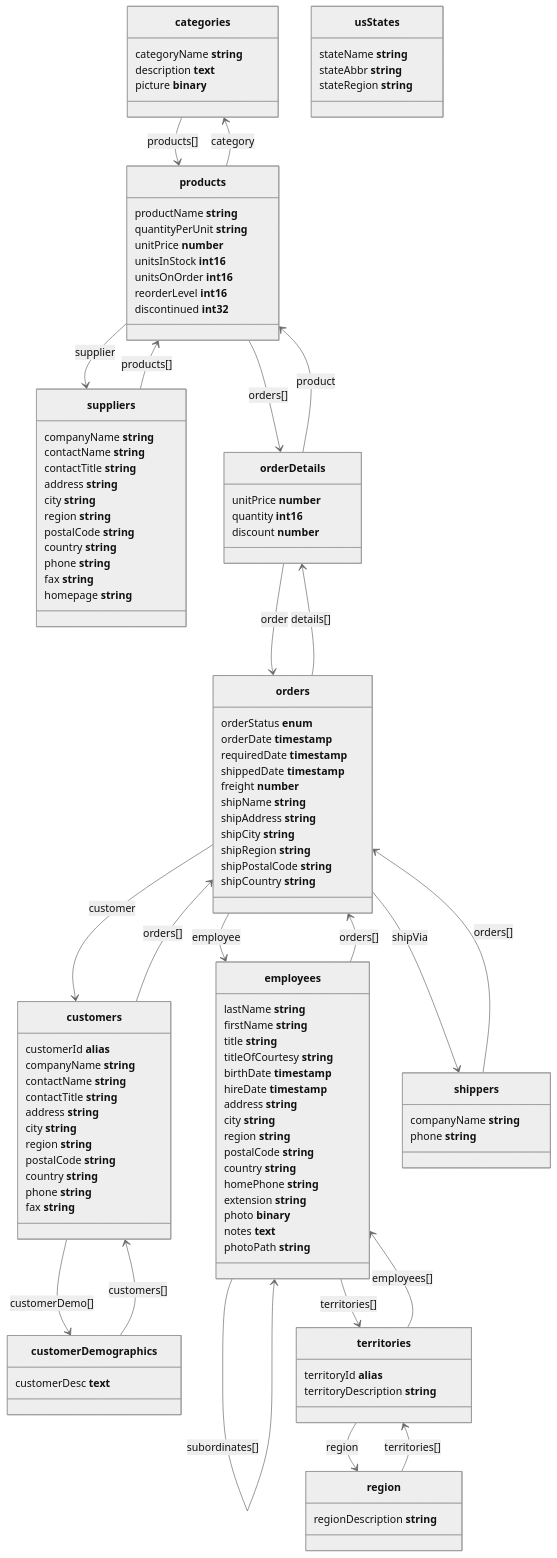
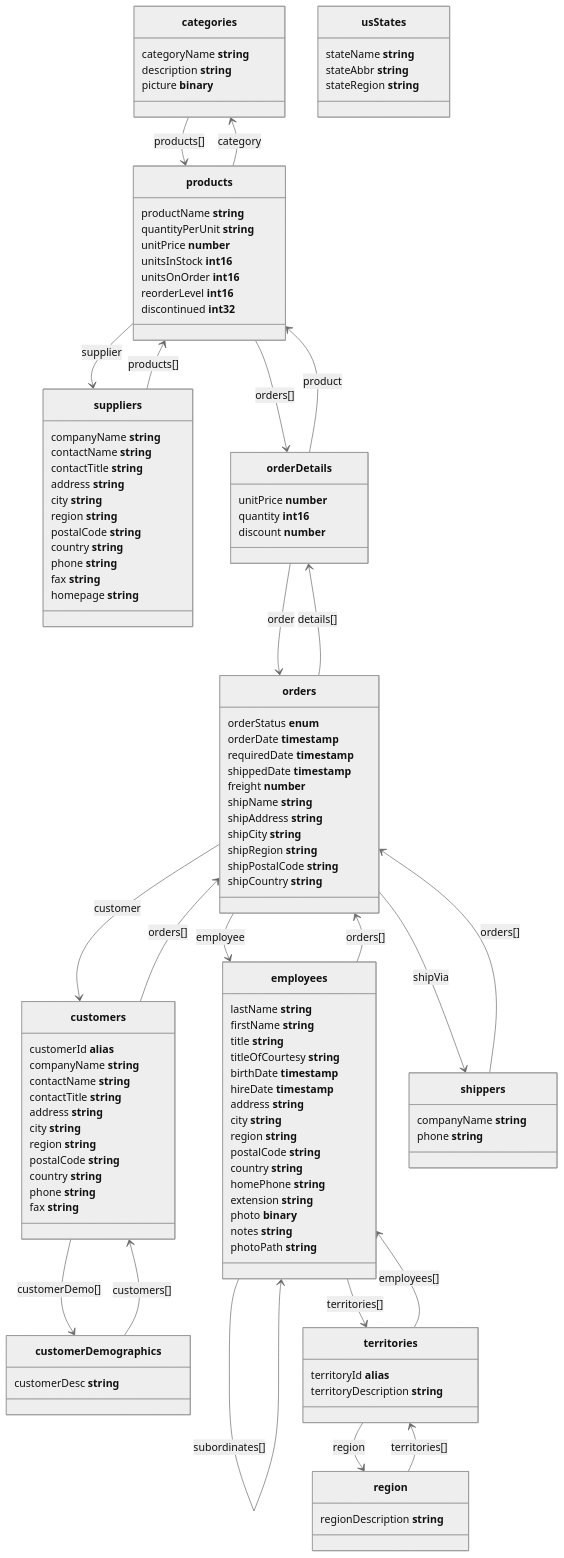
One commit to atelier-saulx/based changed the diagram in docs/db/sql.md. Above: the diagram before and after it, drawn with Mermaid (neutral theme).

Commit message:
Update sql doc: text to string in the schema

````diff
--- a/docs/db/sql.md
+++ b/docs/db/sql.md
@@ -20,10 +20,10 @@
 ```mermaid
 classDiagram
 categories : categoryName __string__
-categories : description __text__
+categories : description __string__
 categories : picture __binary__
 categories --> products : products[]
-customerDemographics : customerDesc __text__
+customerDemographics : customerDesc __string__
 customerDemographics --> customers : customers[]
 customers : customerId __alias__
 customers : companyName __string__
@@ -52,7 +52,7 @@
 employees : homePhone __string__
 employees : extension __string__
 employees : photo __binary__
-employees : notes __text__
+employees : notes __string__
 employees --> employees : reportsTo
 employees : photoPath __string__
 employees --> territories : territories[]
````
